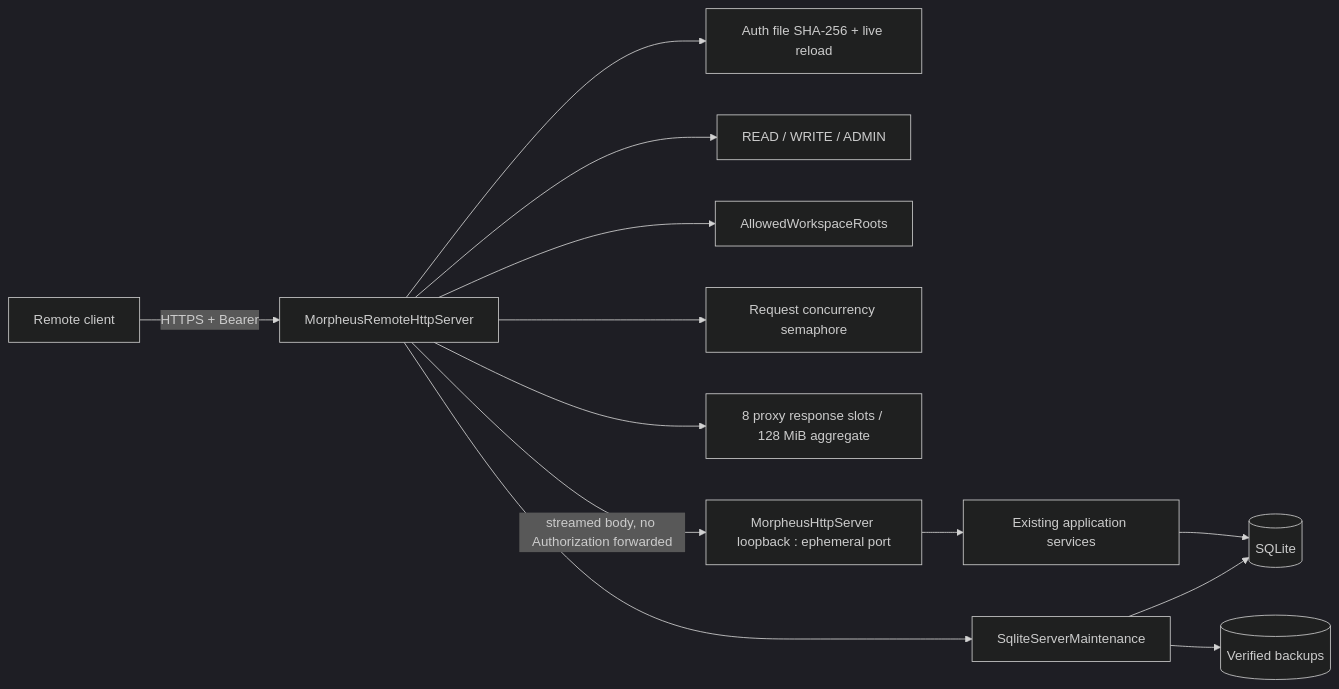
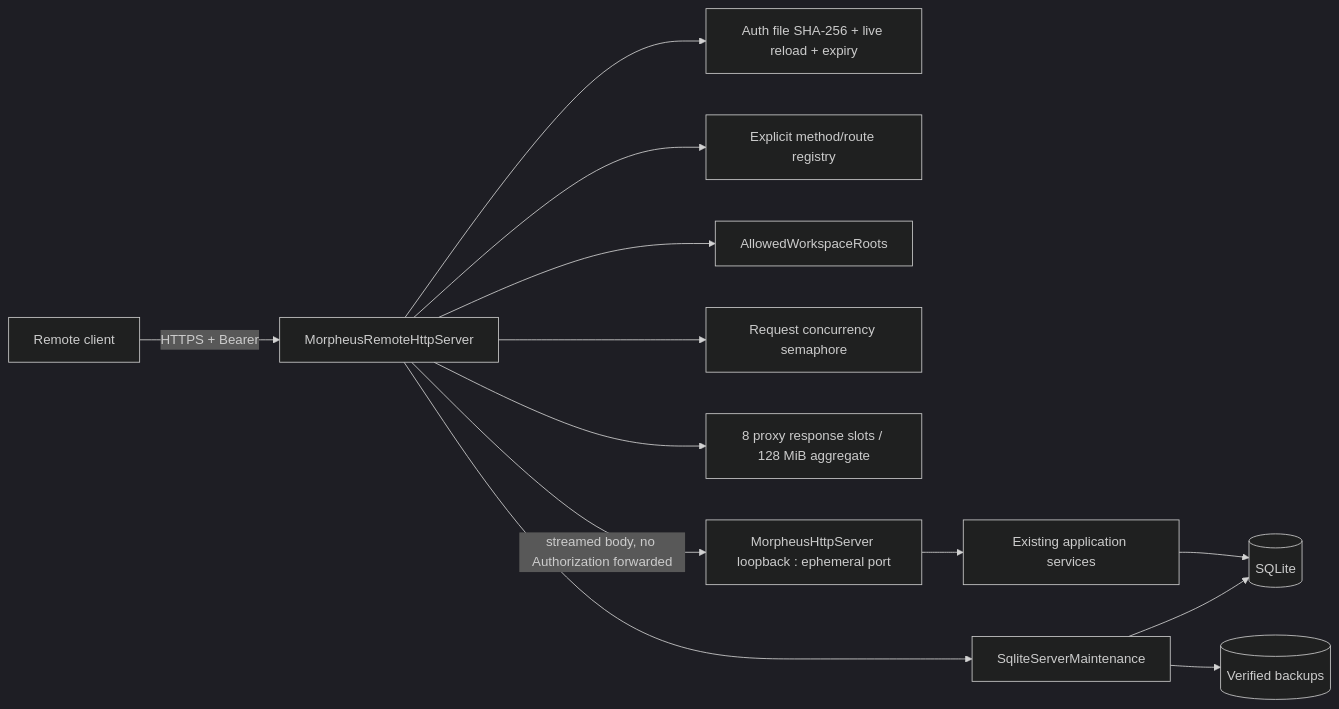
One commit to FTurleque/morpheus-engine changed the diagram in docs/developer/REMOTE_SERVER_PLATFORM.md. Above: the diagram before and after it, drawn with Mermaid (dark theme). The commit also changed other lines of this file, not shown here.

````diff
--- a/docs/developer/REMOTE_SERVER_PLATFORM.md
+++ b/docs/developer/REMOTE_SERVER_PLATFORM.md
@@ -7,15 +7,15 @@
 ```mermaid
 flowchart LR
     C[Remote client] -->|HTTPS + Bearer| R[MorpheusRemoteHttpServer]
-    R --> A[Auth file SHA-256 + live reload]
-    R --> RBAC[READ / WRITE / ADMIN]
+    R --> A[Auth file SHA-256 + live reload + expiry]
+    R --> RBAC[Explicit method/route registry]
     R --> ROOTS[AllowedWorkspaceRoots]
     R --> REQ[Request concurrency semaphore]
     R --> RESP[8 proxy response slots / 128 MiB aggregate]
     R -->|streamed body, no Authorization forwarded| L[MorpheusHttpServer loopback : ephemeral port]
     L --> APP[Existing application services]
     APP --> DB[(SQLite)]
     R --> BK[SqliteServerMaintenance]
     BK --> DB
     BK --> B[(Verified backups)]
 ```
````
